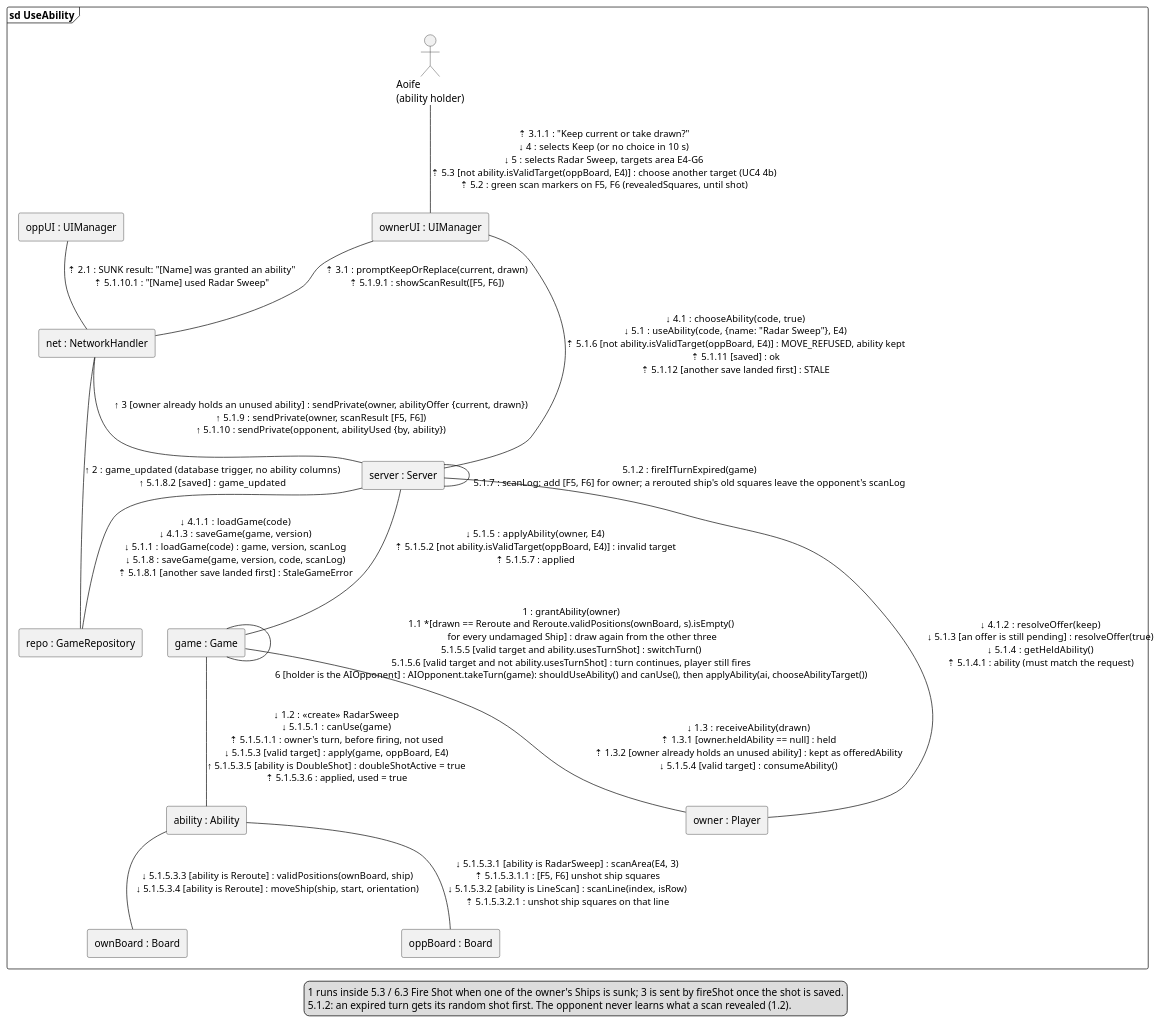
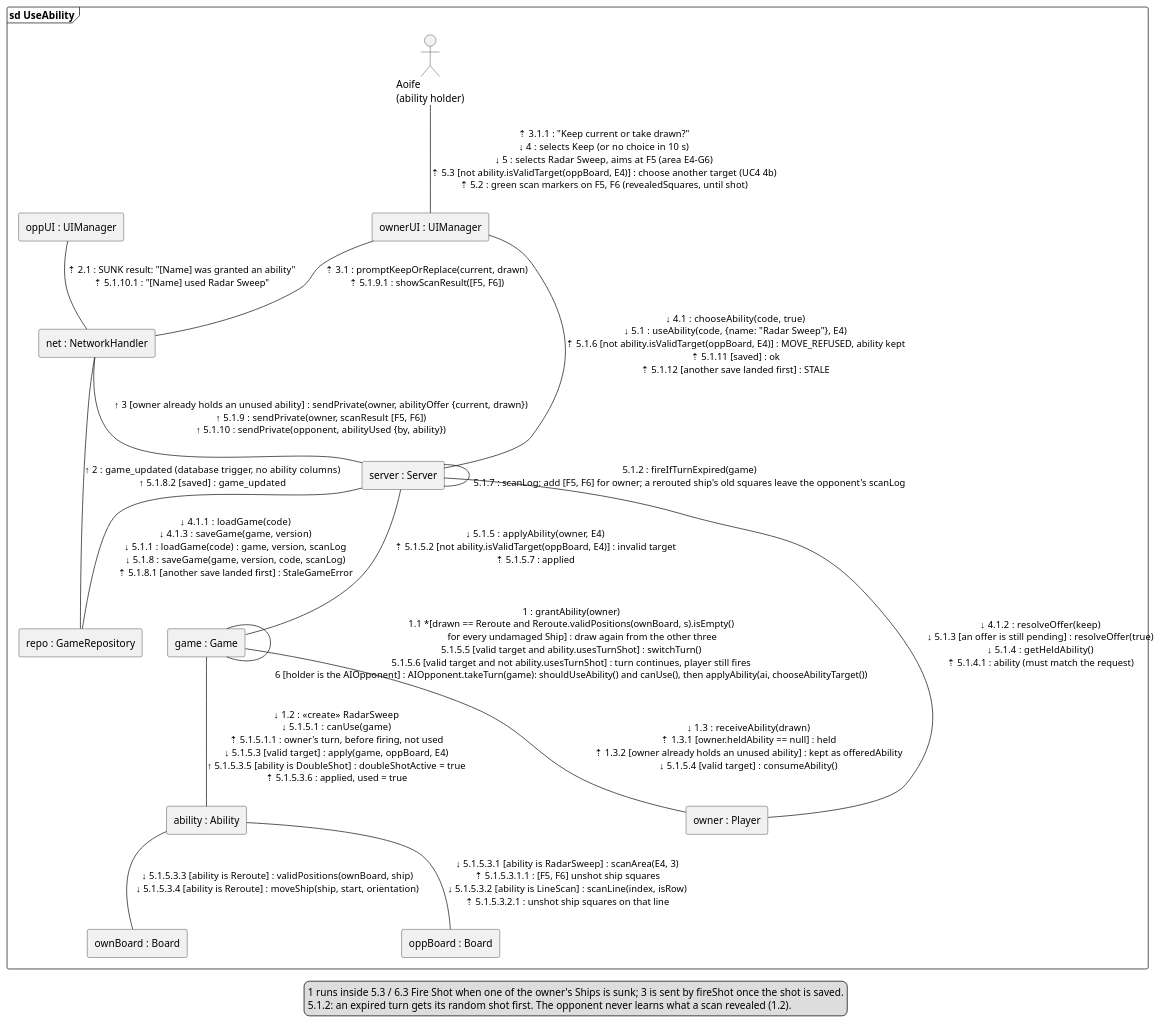
The diagram in docs/uml/communication/use-ability.puml (queeeety/battleship-online), drawn with PlantUML before and after one commit. The commit also changed 9 other files, not shown here.

First line of the commit message:
docs(uml): show the ship gap rule, sunk ships in the view and Radar Sweep's aim

```diff
--- a/docs/uml/communication/use-ability.puml
+++ b/docs/uml/communication/use-ability.puml
@@ -1,34 +1,34 @@
 @startuml 6_4_UseAbility_CommunicationDiagram
 frame "sd UseAbility" {
   actor "Aoife\n(ability holder)" as Owner
   rectangle "ownerUI : UIManager" as UI
   rectangle "net : NetworkHandler" as Net
   rectangle "oppUI : UIManager" as OppUI
   rectangle "server : Server" as Server
   rectangle "repo : GameRepository" as Repo
   rectangle "game : Game" as Game
   rectangle "owner : Player" as Player
   rectangle "ability : Ability" as Ability
   rectangle "ownBoard : Board" as OwnBoard
   rectangle "oppBoard : Board" as OppBoard
-  Owner -down- UI : ⇡ 3.1.1 : "Keep current or take drawn?"\n↓ 4 : selects Keep (or no choice in 10 s)\n↓ 5 : selects Radar Sweep, targets area E4-G6\n⇡ 5.3 [not ability.isValidTarget(oppBoard, E4)] : choose another target (UC4 4b)\n⇡ 5.2 : green scan markers on F5, F6 (revealedSquares, until shot)
+  Owner -down- UI : ⇡ 3.1.1 : "Keep current or take drawn?"\n↓ 4 : selects Keep (or no choice in 10 s)\n↓ 5 : selects Radar Sweep, aims at F5 (area E4-G6)\n⇡ 5.3 [not ability.isValidTarget(oppBoard, E4)] : choose another target (UC4 4b)\n⇡ 5.2 : green scan markers on F5, F6 (revealedSquares, until shot)
   UI -down- Net : ⇡ 3.1 : promptKeepOrReplace(current, drawn)\n⇡ 5.1.9.1 : showScanResult([F5, F6])
   OppUI -down- Net : ⇡ 2.1 : SUNK result: "[Name] was granted an ability"\n⇡ 5.1.10.1 : &#34;[Name] used Radar Sweep&#34;
   UI -down- Server : ↓ 4.1 : chooseAbility(code, true)\n↓ 5.1 : useAbility(code, {name: "Radar Sweep"}, E4)\n⇡ 5.1.6 [not ability.isValidTarget(oppBoard, E4)] : MOVE_REFUSED, ability kept\n⇡ 5.1.11 [saved] : ok\n⇡ 5.1.12 [another save landed first] : STALE
   Net -down- Server : ↑ 3 [owner already holds an unused ability] : sendPrivate(owner, abilityOffer {current, drawn})\n↑ 5.1.9 : sendPrivate(owner, scanResult [F5, F6])\n↑ 5.1.10 : sendPrivate(opponent, abilityUsed {by, ability})
   Net -down- Repo : ↑ 2 : game_updated (database trigger, no ability columns)\n↑ 5.1.8.2 [saved] : game_updated
   Server -- Server : 5.1.2 : fireIfTurnExpired(game)\n5.1.7 : scanLog: add [F5, F6] for owner; a rerouted ship's old squares leave the opponent's scanLog
   Server -down- Repo : ↓ 4.1.1 : loadGame(code)\n↓ 4.1.3 : saveGame(game, version)\n↓ 5.1.1 : loadGame(code) : game, version, scanLog\n↓ 5.1.8 : saveGame(game, version, code, scanLog)\n⇡ 5.1.8.1 [another save landed first] : StaleGameError
   Server -down- Player : ↓ 4.1.2 : resolveOffer(keep)\n↓ 5.1.3 [an offer is still pending] : resolveOffer(true)\n↓ 5.1.4 : getHeldAbility()\n⇡ 5.1.4.1 : ability (must match the request)
   Server -down- Game : ↓ 5.1.5 : applyAbility(owner, E4)\n⇡ 5.1.5.2 [not ability.isValidTarget(oppBoard, E4)] : invalid target\n⇡ 5.1.5.7 : applied
   Game -- Game : 1 : grantAbility(owner)\n1.1 *[drawn == Reroute and Reroute.validPositions(ownBoard, s).isEmpty()\n         for every undamaged Ship] : draw again from the other three\n5.1.5.5 [valid target and ability.usesTurnShot] : switchTurn()\n5.1.5.6 [valid target and not ability.usesTurnShot] : turn continues, player still fires\n6 [holder is the AIOpponent] : AIOpponent.takeTurn(game): shouldUseAbility() and canUse(), then applyAbility(ai, chooseAbilityTarget())
   Game -down- Ability : ↓ 1.2 : <<create>> RadarSweep\n↓ 5.1.5.1 : canUse(game)\n⇡ 5.1.5.1.1 : owner's turn, before firing, not used\n↓ 5.1.5.3 [valid target] : apply(game, oppBoard, E4)\n↑ 5.1.5.3.5 [ability is DoubleShot] : doubleShotActive = true\n⇡ 5.1.5.3.6 : applied, used = true
   Game -down- Player : ↓ 1.3 : receiveAbility(drawn)\n⇡ 1.3.1 [owner.heldAbility == null] : held\n⇡ 1.3.2 [owner already holds an unused ability] : kept as offeredAbility\n↓ 5.1.5.4 [valid target] : consumeAbility()
   Ability -down- OppBoard : ↓ 5.1.5.3.1 [ability is RadarSweep] : scanArea(E4, 3)\n⇡ 5.1.5.3.1.1 : [F5, F6] unshot ship squares\n↓ 5.1.5.3.2 [ability is LineScan] : scanLine(index, isRow)\n⇡ 5.1.5.3.2.1 : unshot ship squares on that line
   Ability -down- OwnBoard : ↓ 5.1.5.3.3 [ability is Reroute] : validPositions(ownBoard, ship)\n↓ 5.1.5.3.4 [ability is Reroute] : moveShip(ship, start, orientation)
 }
 legend bottom
   1 runs inside 5.3 / 6.3 Fire Shot when one of the owner's Ships is sunk; 3 is sent by fireShot once the shot is saved.
   5.1.2: an expired turn gets its random shot first. The opponent never learns what a scan revealed (1.2).
 endlegend
 @enduml
```
